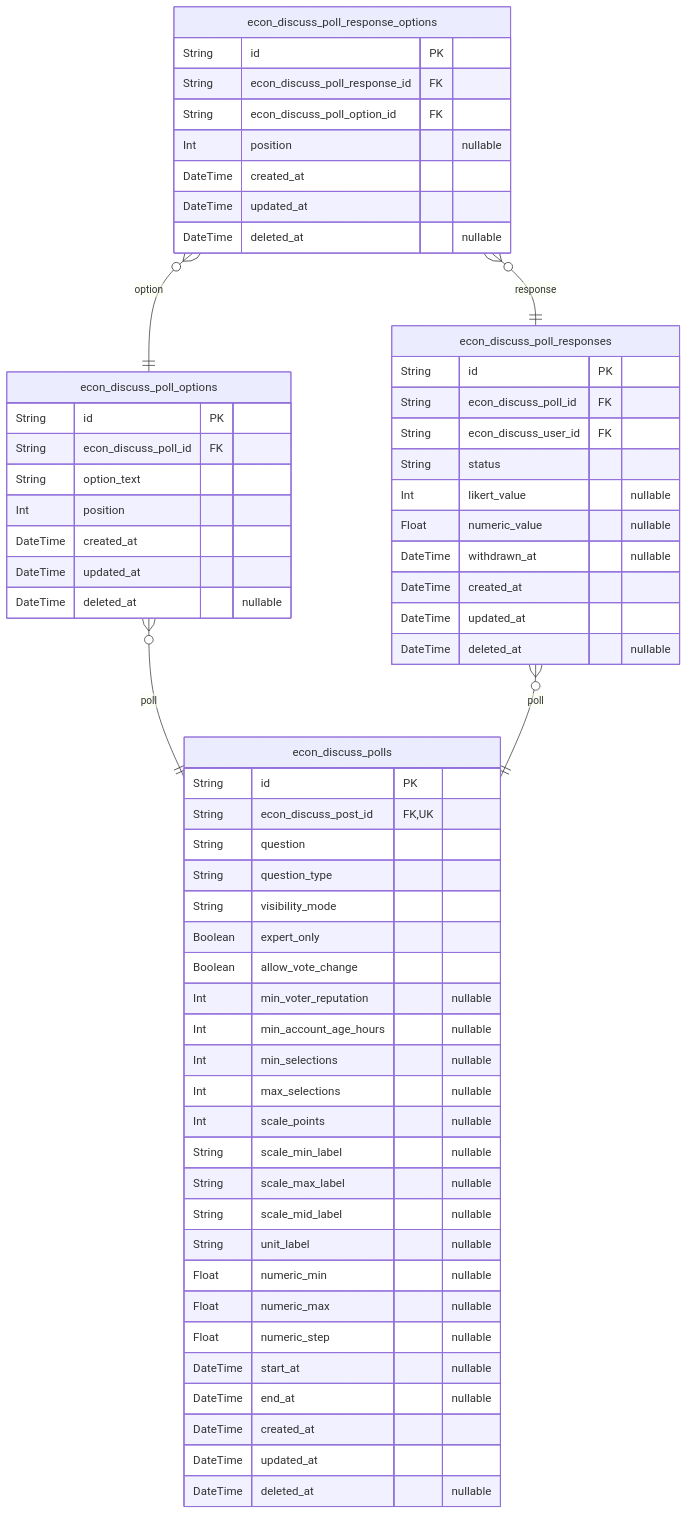
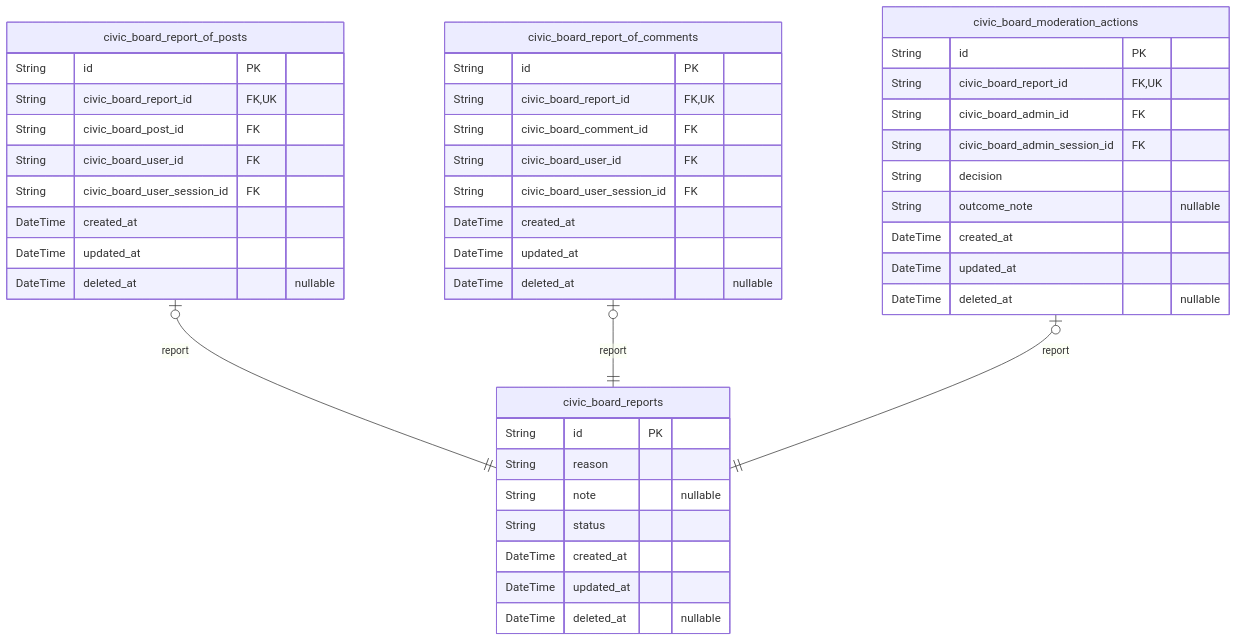
Before and after one commit to wrtnlabs/autobe-examples: the fourth of 5 diagrams in openai/gpt-5/bbs/docs/ERD.md, drawn with Mermaid. The commit also changed other lines of this file and 16146 other files, not shown here.

````diff
--- a/openai/gpt-5/bbs/docs/ERD.md
+++ b/openai/gpt-5/bbs/docs/ERD.md
@@ -722,63 +688,46 @@
 ```mermaid
 erDiagram
-"econ_discuss_polls" {
+"civic_board_reports" {
   String id PK
-  String econ_discuss_post_id FK,UK
-  String question
-  String question_type
-  String visibility_mode
-  Boolean expert_only
-  Boolean allow_vote_change
-  Int min_voter_reputation "nullable"
-  Int min_account_age_hours "nullable"
-  Int min_selections "nullable"
-  Int max_selections "nullable"
-  Int scale_points "nullable"
-  String scale_min_label "nullable"
-  String scale_max_label "nullable"
-  String scale_mid_label "nullable"
-  String unit_label "nullable"
-  Float numeric_min "nullable"
-  Float numeric_max "nullable"
-  Float numeric_step "nullable"
-  DateTime start_at "nullable"
-  DateTime end_at "nullable"
+  String reason
+  String note "nullable"
+  String status
   DateTime created_at
   DateTime updated_at
   DateTime deleted_at "nullable"
 }
-"econ_discuss_poll_options" {
+"civic_board_report_of_posts" {
   String id PK
-  String econ_discuss_poll_id FK
-  String option_text
-  Int position
+  String civic_board_report_id FK,UK
+  String civic_board_post_id FK
+  String civic_board_user_id FK
+  String civic_board_user_session_id FK
   DateTime created_at
   DateTime updated_at
   DateTime deleted_at "nullable"
 }
-"econ_discuss_poll_responses" {
+"civic_board_report_of_comments" {
   String id PK
-  String econ_discuss_poll_id FK
-  String econ_discuss_user_id FK
-  String status
-  Int likert_value "nullable"
-  Float numeric_value "nullable"
-  DateTime withdrawn_at "nullable"
+  String civic_board_report_id FK,UK
+  String civic_board_comment_id FK
+  String civic_board_user_id FK
+  String civic_board_user_session_id FK
   DateTime created_at
   DateTime updated_at
   DateTime deleted_at "nullable"
 }
-"econ_discuss_poll_response_options" {
+"civic_board_moderation_actions" {
   String id PK
-  String econ_discuss_poll_response_id FK
-  String econ_discuss_poll_option_id FK
-  Int position "nullable"
+  String civic_board_report_id FK,UK
+  String civic_board_admin_id FK
+  String civic_board_admin_session_id FK
+  String decision
+  String outcome_note "nullable"
   DateTime created_at
   DateTime updated_at
   DateTime deleted_at "nullable"
 }
-"econ_discuss_poll_options" }o--|| "econ_discuss_polls" : poll
-"econ_discuss_poll_responses" }o--|| "econ_discuss_polls" : poll
-"econ_discuss_poll_response_options" }o--|| "econ_discuss_poll_responses" : response
-"econ_discuss_poll_response_options" }o--|| "econ_discuss_poll_options" : option
+"civic_board_report_of_posts" |o--|| "civic_board_reports" : report
+"civic_board_report_of_comments" |o--|| "civic_board_reports" : report
+"civic_board_moderation_actions" |o--|| "civic_board_reports" : report
 ```
````
